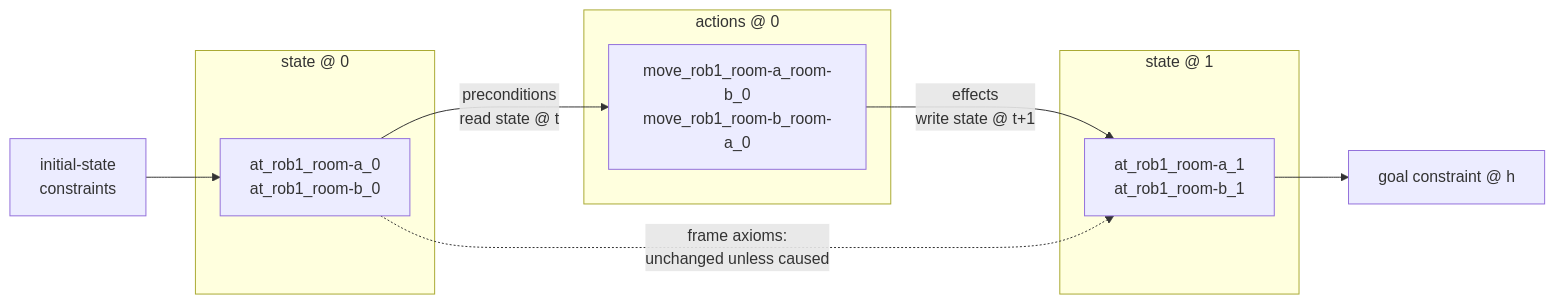
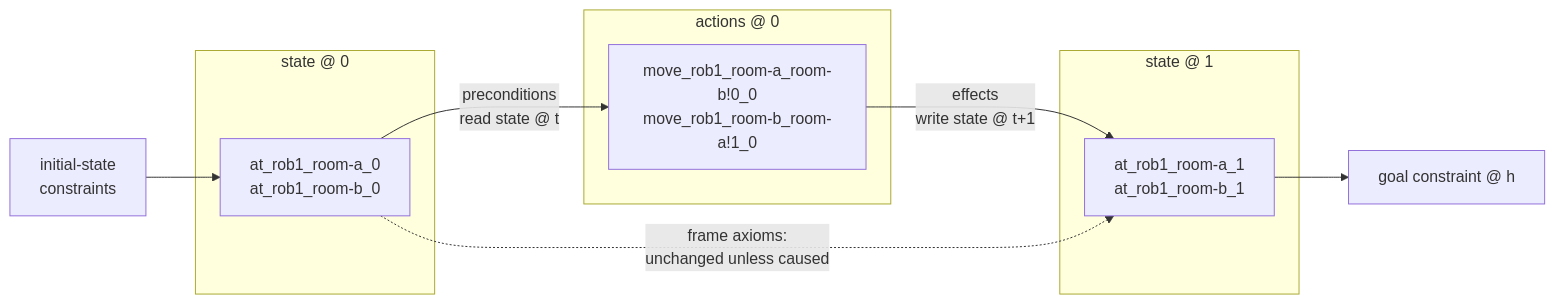
Before and after one commit to pyPMT/RanTanPlan: the diagram in developer-docs/the-encoding.md, drawn with Mermaid. The commit also changed other lines of this file and 9 other files, not shown here.

````diff
--- a/developer-docs/the-encoding.md
+++ b/developer-docs/the-encoding.md
@@ -26,17 +26,17 @@
 ```mermaid
 flowchart LR
     I["initial-state<br/>constraints"] --> F0
     subgraph s0["state @ 0"]
         F0["at_rob1_room-a_0<br/>at_rob1_room-b_0"]
     end
     subgraph acts["actions @ 0"]
-        A0["move_rob1_room-a_room-b_0<br/>move_rob1_room-b_room-a_0"]
+        A0["move_rob1_room-a_room-b!0_0<br/>move_rob1_room-b_room-a!1_0"]
     end
     subgraph s1["state @ 1"]
         F1["at_rob1_room-a_1<br/>at_rob1_room-b_1"]
     end
     F0 -->|"preconditions<br/>read state @ t"| A0
     A0 -->|"effects<br/>write state @ t+1"| F1
     F0 -.->|"frame axioms:<br/>unchanged unless caused"| F1
     F1 --> G["goal constraint @ h"]
 ```
````
